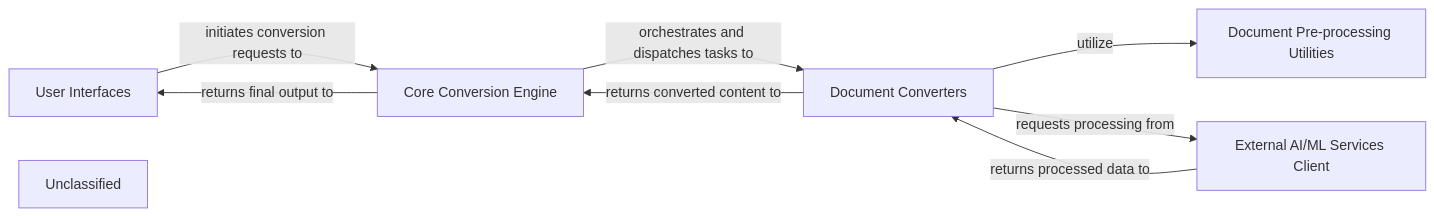
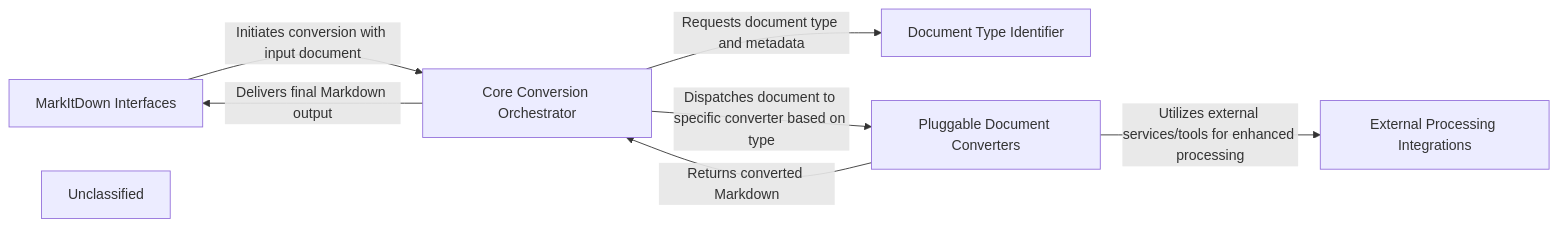
One commit to CodeBoarding/GeneratedOnBoardings changed the diagram in markitdown/on_boarding.md. Above: the diagram before and after it, drawn with Mermaid. The commit also changed other lines of this file, not shown here.

````diff
--- a/markitdown/on_boarding.md
+++ b/markitdown/on_boarding.md
@@ -1,16 +1,15 @@
 ```mermaid
 graph LR
-    User_Interfaces["User Interfaces"]
-    Core_Conversion_Engine["Core Conversion Engine"]
-    Document_Converters["Document Converters"]
-    External_AI_ML_Services_Client["External AI/ML Services Client"]
-    Document_Pre_processing_Utilities["Document Pre-processing Utilities"]
+    MarkItDown_Interfaces["MarkItDown Interfaces"]
+    Core_Conversion_Orchestrator["Core Conversion Orchestrator"]
+    Document_Type_Identifier["Document Type Identifier"]
+    Pluggable_Document_Converters["Pluggable Document Converters"]
+    External_Processing_Integrations["External Processing Integrations"]
     Unclassified["Unclassified"]
-    User_Interfaces -- "initiates conversion requests to" --> Core_Conversion_Engine
-    Core_Conversion_Engine -- "orchestrates and dispatches tasks to" --> Document_Converters
-    Document_Converters -- "returns converted content to" --> Core_Conversion_Engine
-    Document_Converters -- "utilize" --> Document_Pre_processing_Utilities
-    Document_Converters -- "requests processing from" --> External_AI_ML_Services_Client
-    External_AI_ML_Services_Client -- "returns processed data to" --> Document_Converters
-    Core_Conversion_Engine -- "returns final output to" --> User_Interfaces
+    MarkItDown_Interfaces -- "Initiates conversion with input document" --> Core_Conversion_Orchestrator
+    Core_Conversion_Orchestrator -- "Requests document type and metadata" --> Document_Type_Identifier
+    Core_Conversion_Orchestrator -- "Dispatches document to specific converter based on type" --> Pluggable_Document_Converters
+    Pluggable_Document_Converters -- "Utilizes external services/tools for enhanced processing" --> External_Processing_Integrations
+    Pluggable_Document_Converters -- "Returns converted Markdown" --> Core_Conversion_Orchestrator
+    Core_Conversion_Orchestrator -- "Delivers final Markdown output" --> MarkItDown_Interfaces
 ```
````
